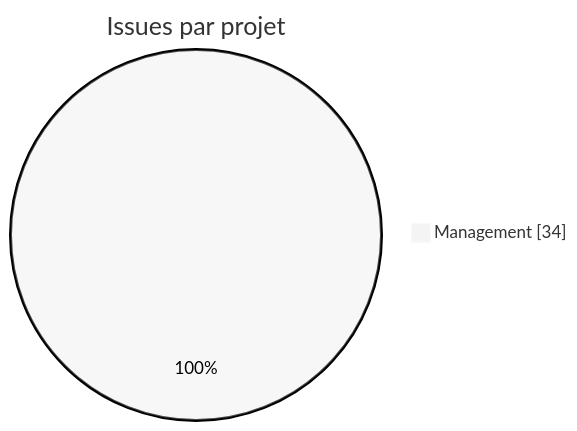
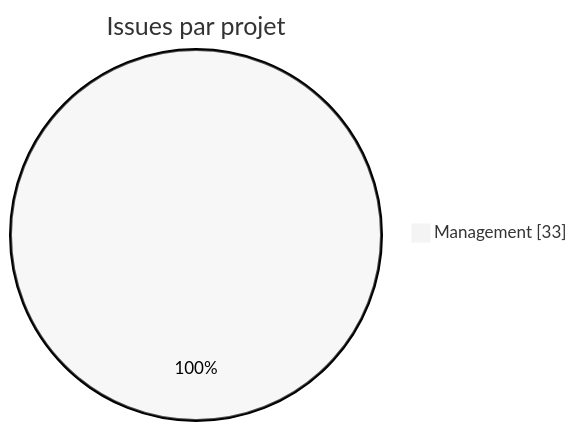
Before and after one commit to Gooseppr/GevOps_LC: the fifth of 7 diagrams in modules/M49_projet-board-J09.md, drawn with Mermaid (neutral theme). The commit also changed other lines of this file and 2 other files, not shown here.

````diff
--- a/modules/M49_projet-board-J09.md
+++ b/modules/M49_projet-board-J09.md
@@ -95,5 +95,5 @@
 ```mermaid
 pie showData
     title Issues par projet
-    "Management" : 34
+    "Management" : 33
 ```
````
